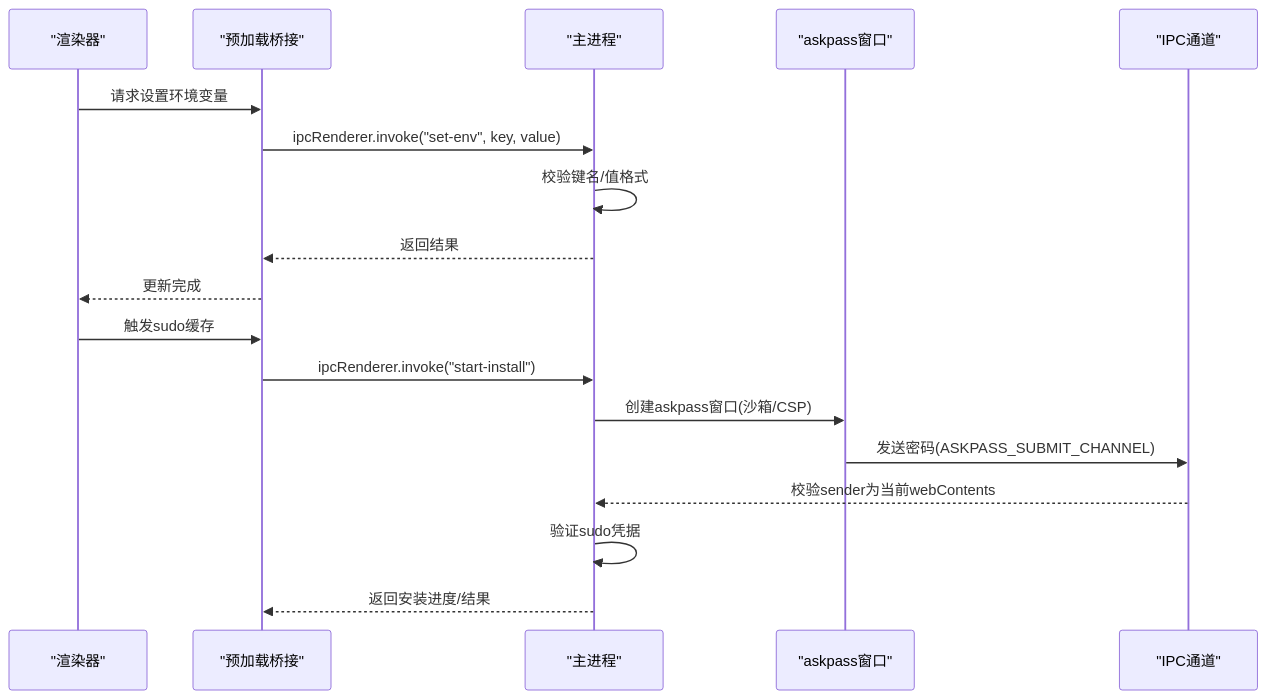
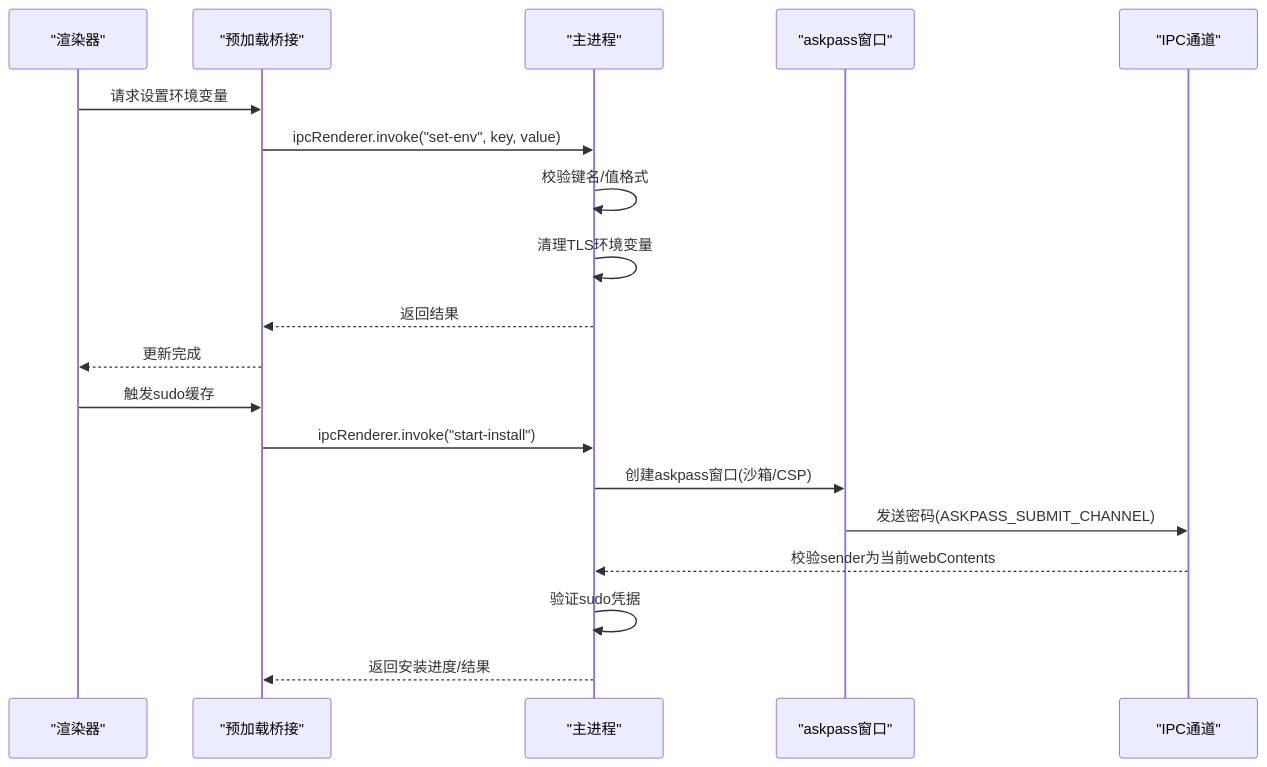
One commit to HDbright/hermes-desktop changed the second of 7 diagrams in .qoder/repowiki/zh/content/架构设计/安全架构.md. Above: the diagram before and after it, drawn with Mermaid. The commit also changed other lines of this file and 15 other files, not shown here.

````diff
--- a/.qoder/repowiki/zh/content/架构设计/安全架构.md
+++ b/.qoder/repowiki/zh/content/架构设计/安全架构.md
@@ -124,20 +142,21 @@
 ```mermaid
 sequenceDiagram
 participant R as "渲染器"
 participant P as "预加载桥接"
 participant M as "主进程"
 participant W as "askpass窗口"
 participant IPC as "IPC通道"
 R->>P : 请求设置环境变量
 P->>M : ipcRenderer.invoke("set-env", key, value)
 M->>M : 校验键名/值格式
+M->>M : 清理TLS环境变量
 M-->>P : 返回结果
 P-->>R : 更新完成
 R->>P : 触发sudo缓存
 P->>M : ipcRenderer.invoke("start-install")
 M->>W : 创建askpass窗口(沙箱/CSP)
 W->>IPC : 发送密码(ASKPASS_SUBMIT_CHANNEL)
 IPC-->>M : 校验sender为当前webContents
 M->>M : 验证sudo凭据
 M-->>P : 返回安装进度/结果
 ```
````
